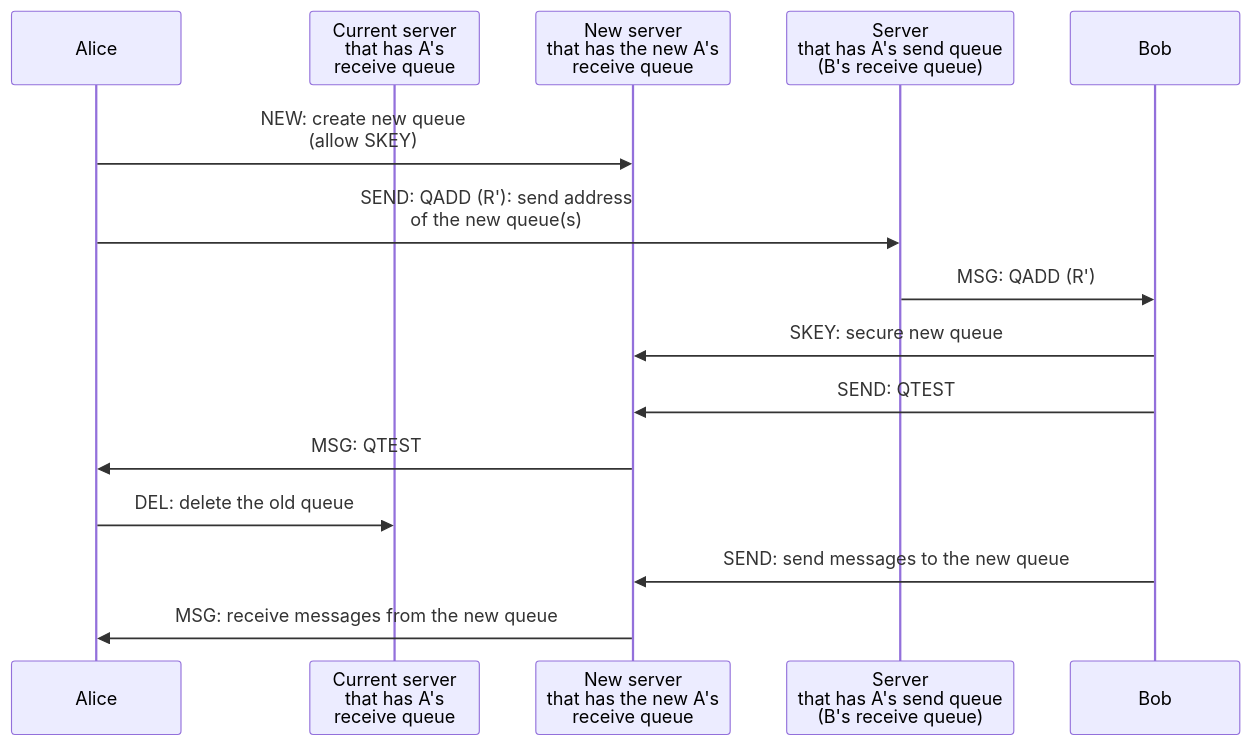
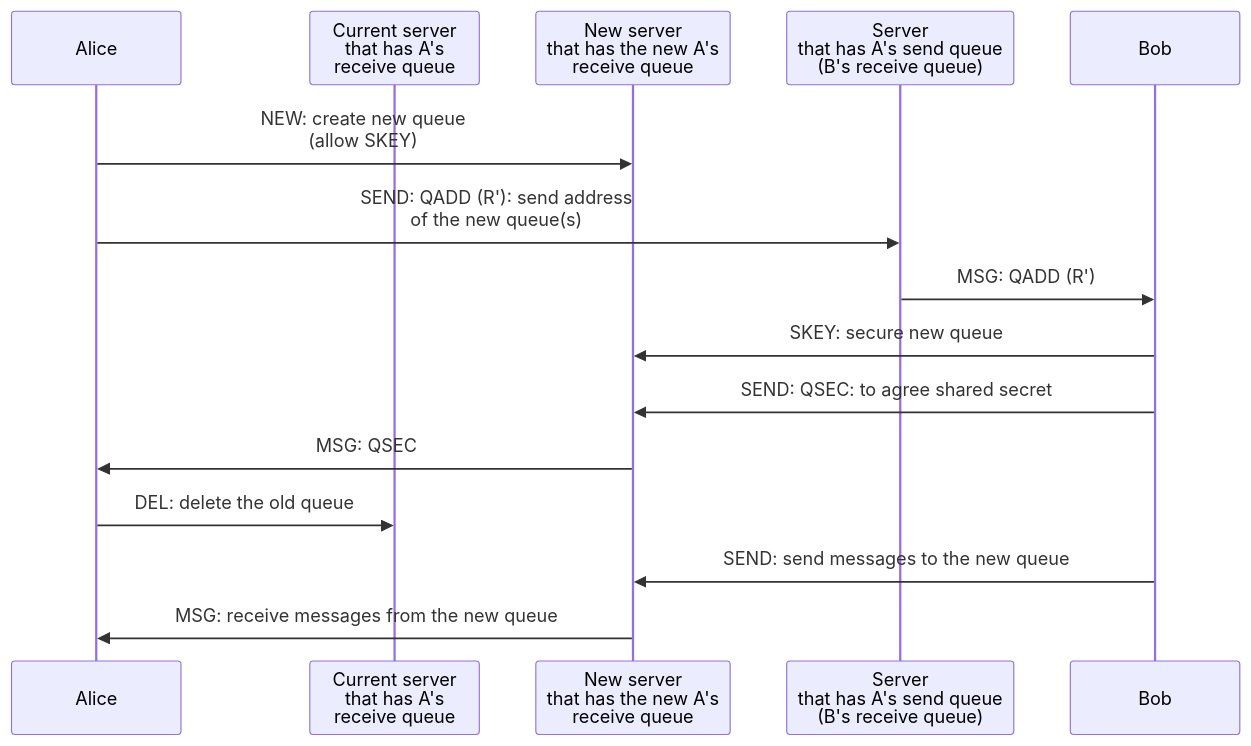
Before and after one commit to simplex-chat/simplexmq: the diagram in protocol/diagrams/duplex-messaging/queue-rotation-fast.mmd, drawn with Mermaid. The commit also changed 4 other files, not shown here.

```diff
--- a/protocol/diagrams/duplex-messaging/queue-rotation-fast.mmd
+++ b/protocol/diagrams/duplex-messaging/queue-rotation-fast.mmd
@@ -1,16 +1,16 @@
 sequenceDiagram
   participant A as Alice
   participant R as Current server<br>that has A's<br>receive queue
   participant R' as New server<br>that has the new A's<br>receive queue
   participant S as Server<br>that has A's send queue<br>(B's receive queue)
   participant B as Bob
 
   A ->> R': NEW: create new queue<br>(allow SKEY)
   A ->> S: SEND: QADD (R'): send address<br>of the new queue(s)
   S ->> B: MSG: QADD (R')
   B ->> R': SKEY: secure new queue
-  B ->> R': SEND: QTEST
-  R' ->> A: MSG: QTEST
+  B ->> R': SEND: QSEC: to agree shared secret
+  R' ->> A: MSG: QSEC
   A ->> R: DEL: delete the old queue
   B ->> R': SEND: send messages to the new queue
   R' ->> A: MSG: receive messages from the new queue
```
